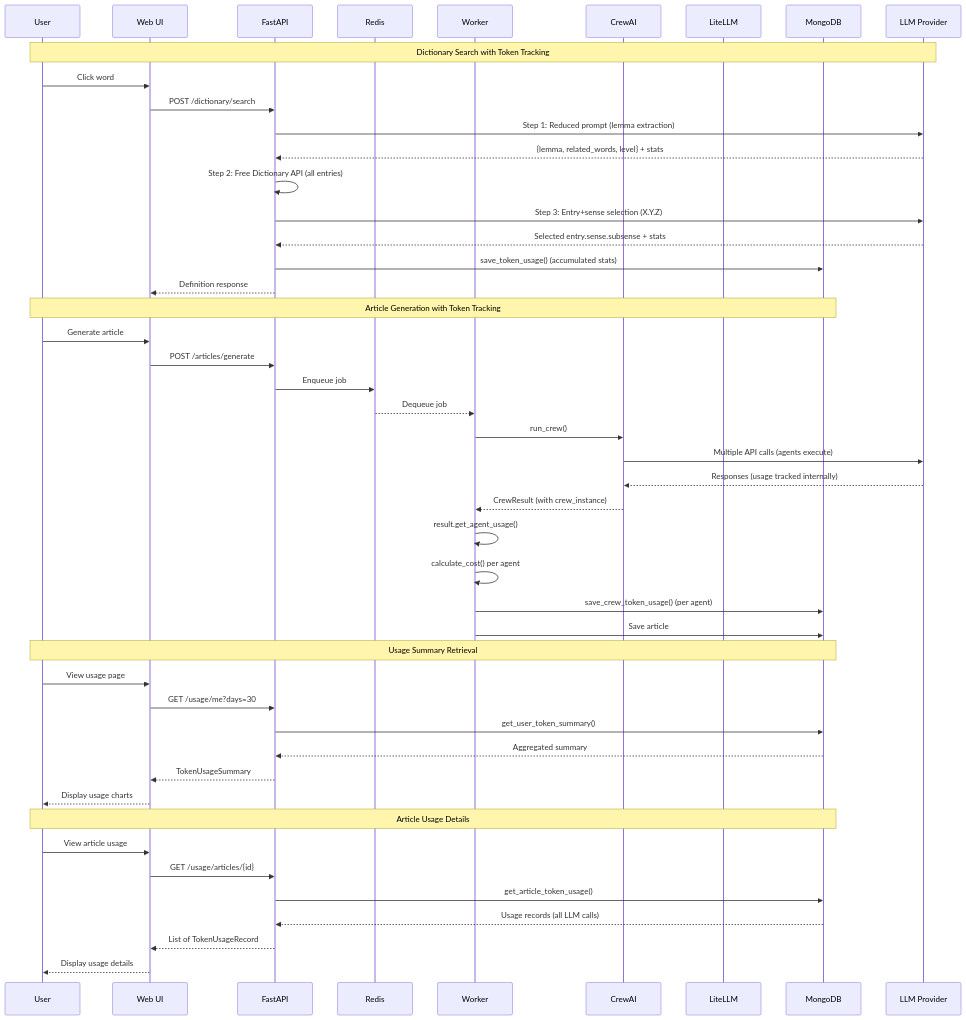
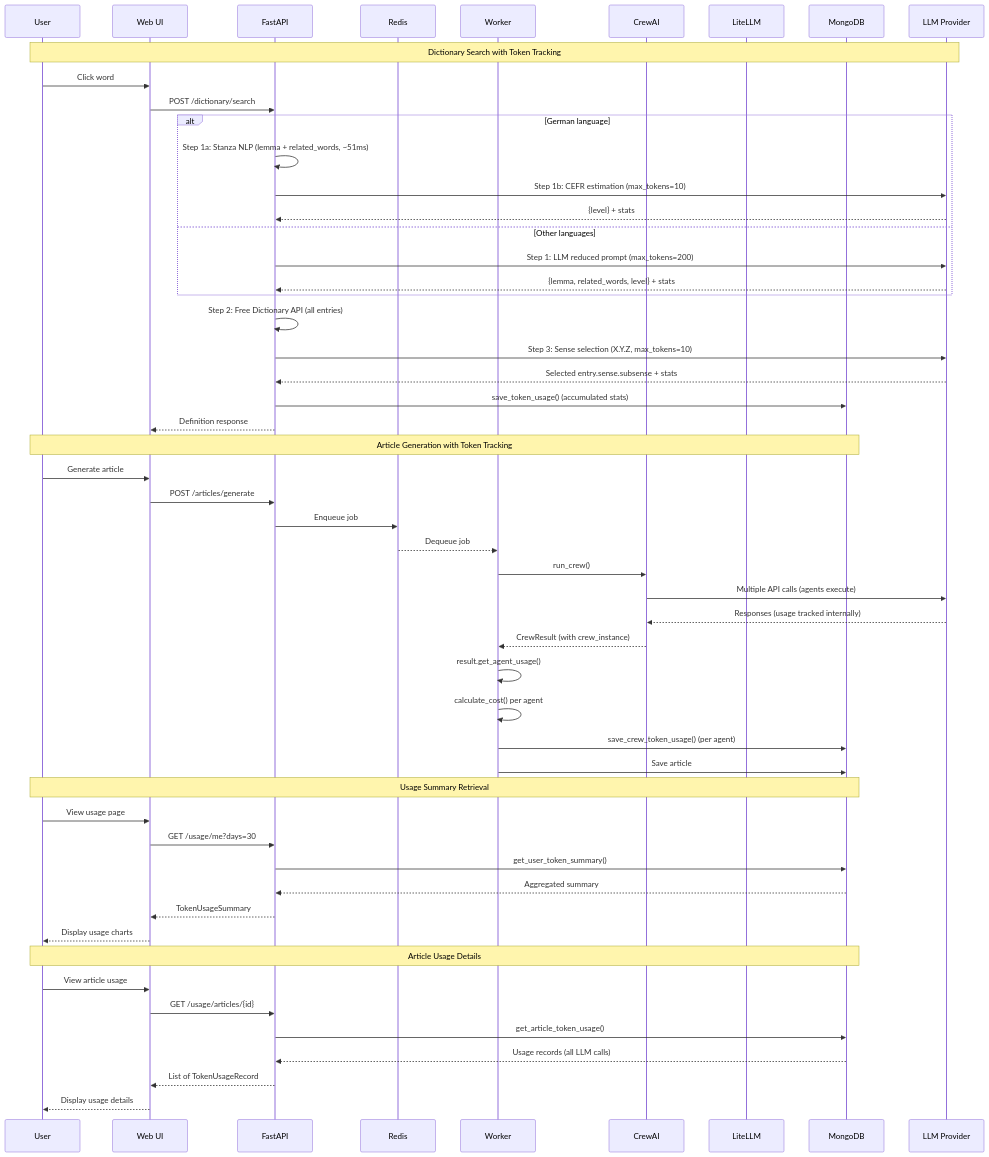
The third of 6 diagrams in docs/ARCHITECTURE.md (seung-gu/opad), drawn with Mermaid before and after one commit. The commit also changed other lines of this file and 12 other files, not shown here.

````diff
--- a/docs/ARCHITECTURE.md
+++ b/docs/ARCHITECTURE.md
@@ -429,53 +435,61 @@
 ```mermaid
 sequenceDiagram
     participant User
     participant WebUI as Web UI
     participant API as FastAPI
     participant Redis
     participant Worker
     participant CrewAI
     participant LiteLLM
     participant MongoDB
     participant LLM as LLM Provider
 
     Note over User,LLM: Dictionary Search with Token Tracking
     User->>WebUI: Click word
     WebUI->>API: POST /dictionary/search
-    API->>LLM: Step 1: Reduced prompt (lemma extraction)
-    LLM-->>API: {lemma, related_words, level} + stats
+
+    alt German language
+        API->>API: Step 1a: Stanza NLP (lemma + related_words, ~51ms)
+        API->>LLM: Step 1b: CEFR estimation (max_tokens=10)
+        LLM-->>API: {level} + stats
+    else Other languages
+        API->>LLM: Step 1: LLM reduced prompt (max_tokens=200)
+        LLM-->>API: {lemma, related_words, level} + stats
+    end
+
     API->>API: Step 2: Free Dictionary API (all entries)
-    API->>LLM: Step 3: Entry+sense selection (X.Y.Z)
+    API->>LLM: Step 3: Sense selection (X.Y.Z, max_tokens=10)
     LLM-->>API: Selected entry.sense.subsense + stats
     API->>MongoDB: save_token_usage() (accumulated stats)
     API-->>WebUI: Definition response
 
     Note over User,MongoDB: Article Generation with Token Tracking
     User->>WebUI: Generate article
     WebUI->>API: POST /articles/generate
     API->>Redis: Enqueue job
     Redis-->>Worker: Dequeue job
     Worker->>CrewAI: run_crew()
     CrewAI->>LLM: Multiple API calls (agents execute)
     LLM-->>CrewAI: Responses (usage tracked internally)
     CrewAI-->>Worker: CrewResult (with crew_instance)
     Worker->>Worker: result.get_agent_usage()
     Worker->>Worker: calculate_cost() per agent
     Worker->>MongoDB: save_crew_token_usage() (per agent)
     Worker->>MongoDB: Save article
 
     Note over User,MongoDB: Usage Summary Retrieval
     User->>WebUI: View usage page
     WebUI->>API: GET /usage/me?days=30
     API->>MongoDB: get_user_token_summary()
     MongoDB-->>API: Aggregated summary
     API-->>WebUI: TokenUsageSummary
     WebUI-->>User: Display usage charts
 
     Note over User,MongoDB: Article Usage Details
     User->>WebUI: View article usage
     WebUI->>API: GET /usage/articles/{id}
     API->>MongoDB: get_article_token_usage()
     MongoDB-->>API: Usage records (all LLM calls)
     API-->>WebUI: List of TokenUsageRecord
     WebUI-->>User: Display usage details
 ```
````
